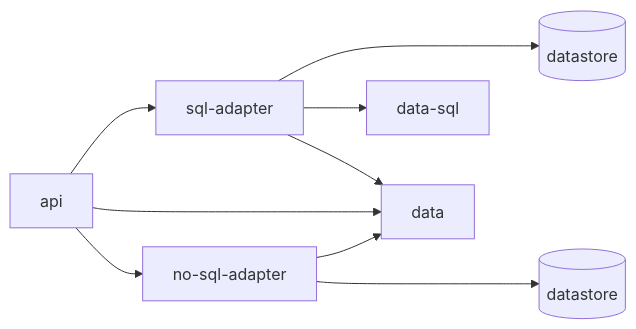
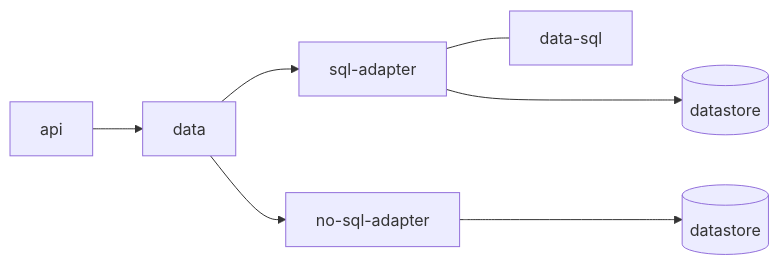
One commit to directus/directus changed the diagram in packages/data/readme.md. Above: the diagram before and after it, drawn with Mermaid. The commit also changed other lines of this file, not shown here.

Commit message:
Update graph

````diff
--- a/packages/data/readme.md
+++ b/packages/data/readme.md
@@ -88,11 +89,9 @@
 ```mermaid
-flowchart LR
-    api --> sql-adapter
+graph LR;
+    api --> data
+    data --> sql-adapter
+    data --> no-sql-adapter
 	sql-adapter ---> db1[(datastore)]
-	sql-adapter  --> data-sql
-	sql-adapter --> data
-	api --> data
-    api --> no-sql-adapter
-	no-sql-adapter --> data
+	sql-adapter  --- data-sql
 	no-sql-adapter ---> db2[(datastore)]
 ```
````
